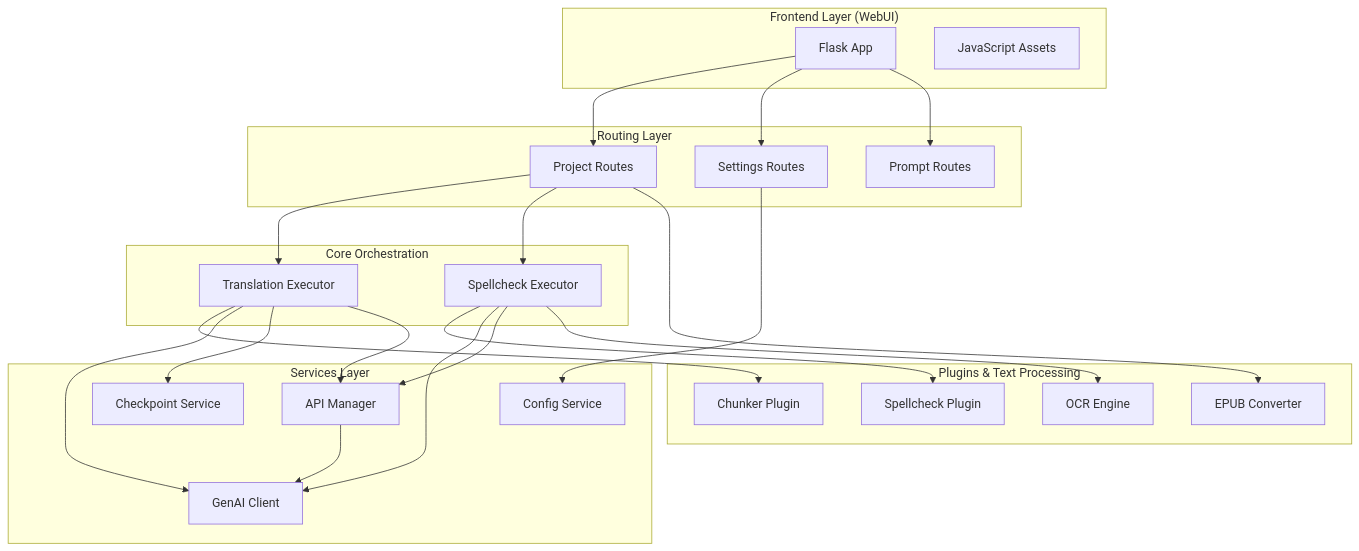
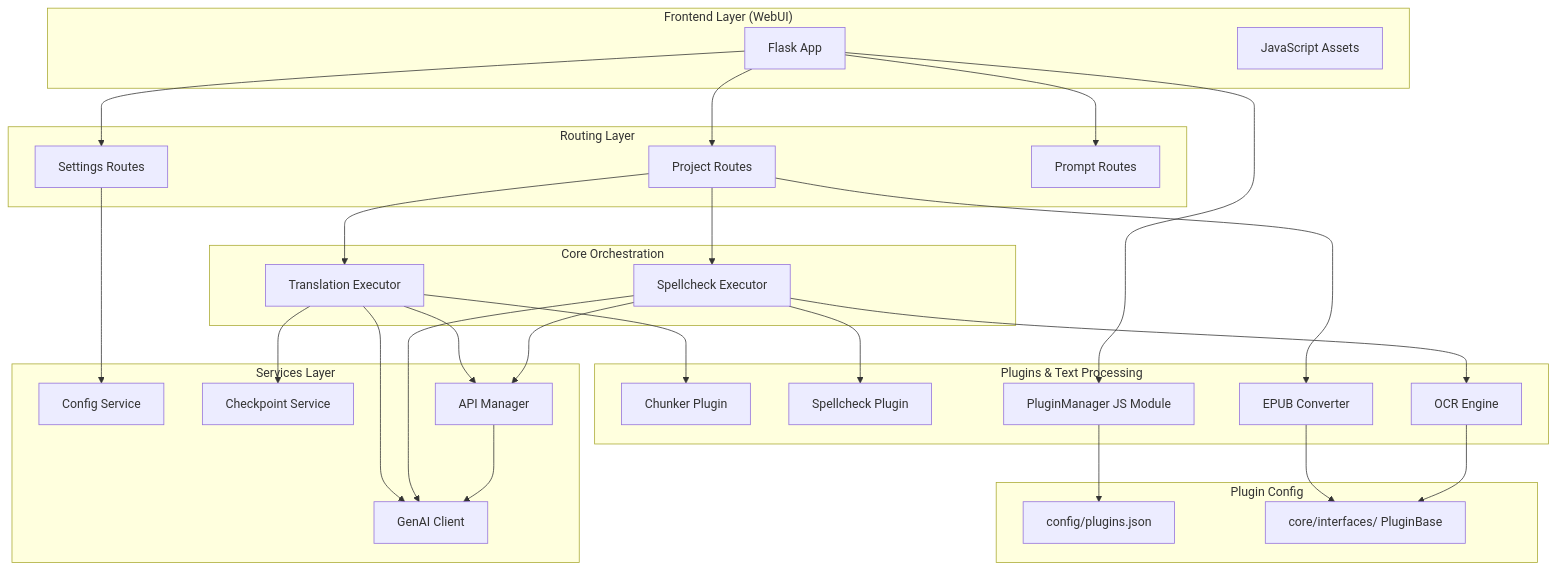
One commit to Narga/ai-vi-translator changed the third of 3 diagrams in ARCHITECTURE.md. Above: the diagram before and after it, drawn with Mermaid. The commit also changed other lines of this file and 11 other files, not shown here.

````diff
--- a/ARCHITECTURE.md
+++ b/ARCHITECTURE.md
@@ -80,42 +81,52 @@
 ```mermaid
 graph TB
     subgraph "Frontend Layer (WebUI)"
         UI[Flask App]
         JS[JavaScript Assets]
     end
 
     subgraph "Routing Layer"
         PR[Project Routes]
         SR[Settings Routes]
         TR[Prompt Routes]
     end
 
     subgraph "Core Orchestration"
         TX[Translation Executor]
         SX[Spellcheck Executor]
     end
 
     subgraph "Services Layer"
         GC[GenAI Client]
         CS[Config Service]
         CK[Checkpoint Service]
         AM[API Manager]
     end
 
     subgraph "Plugins & Text Processing"
         CH[Chunker Plugin]
         SP[Spellcheck Plugin]
         OC[OCR Engine]
         EP[EPUB Converter]
+        PM[PluginManager JS Module]
+    end
+
+    subgraph "Plugin Config"
+        PJ[config/plugins.json]
+        PI[core/interfaces/ PluginBase]
     end
 
     UI --> PR & SR & TR
     PR --> TX & SX
     TX --> CH & GC & CK
     SX --> SP & GC
     TX & SX --> AM
     AM --> GC
     PR --> EP
     SR --> CS
     SX --> OC
+    UI --> PM
+    PM --> PJ
+    EP --> PI
+    OC --> PI
 ```
````
